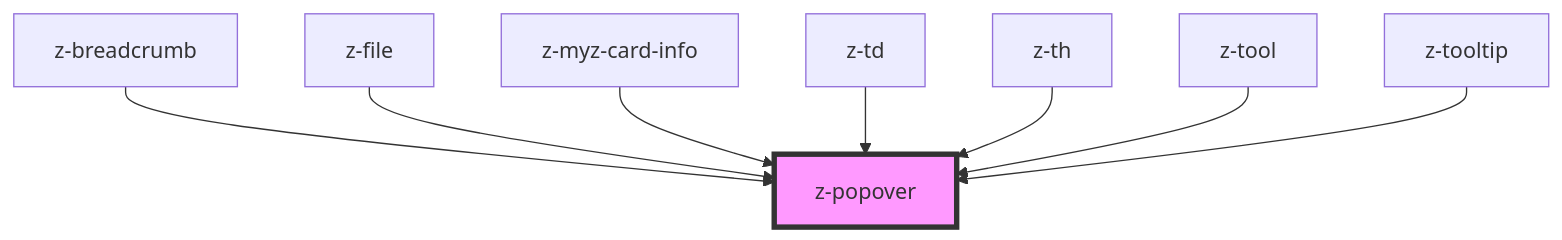
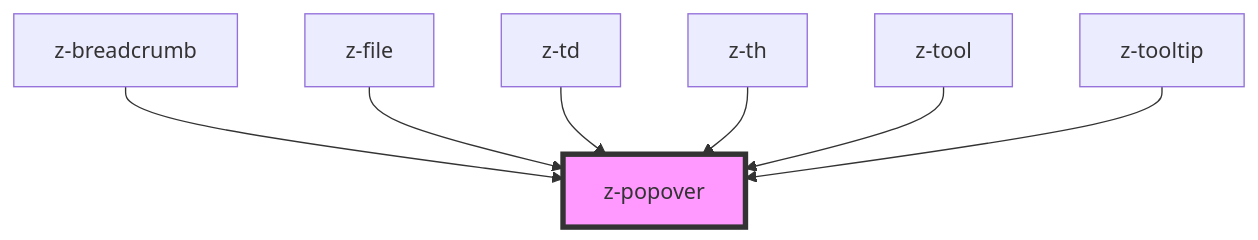
The diagram in src/components/z-popover/readme.md (ZanichelliEditore/design-system), drawn with Mermaid before and after one commit. The commit also changed other lines of this file and 119 other files, not shown here.

````diff
--- a/src/components/z-popover/readme.md
+++ b/src/components/z-popover/readme.md
@@ -82,11 +81,10 @@
 ```mermaid
 graph TD;
   z-breadcrumb --> z-popover
   z-file --> z-popover
-  z-myz-card-info --> z-popover
   z-td --> z-popover
   z-th --> z-popover
   z-tool --> z-popover
   z-tooltip --> z-popover
   style z-popover fill:#f9f,stroke:#333,stroke-width:4px
 ```
````
